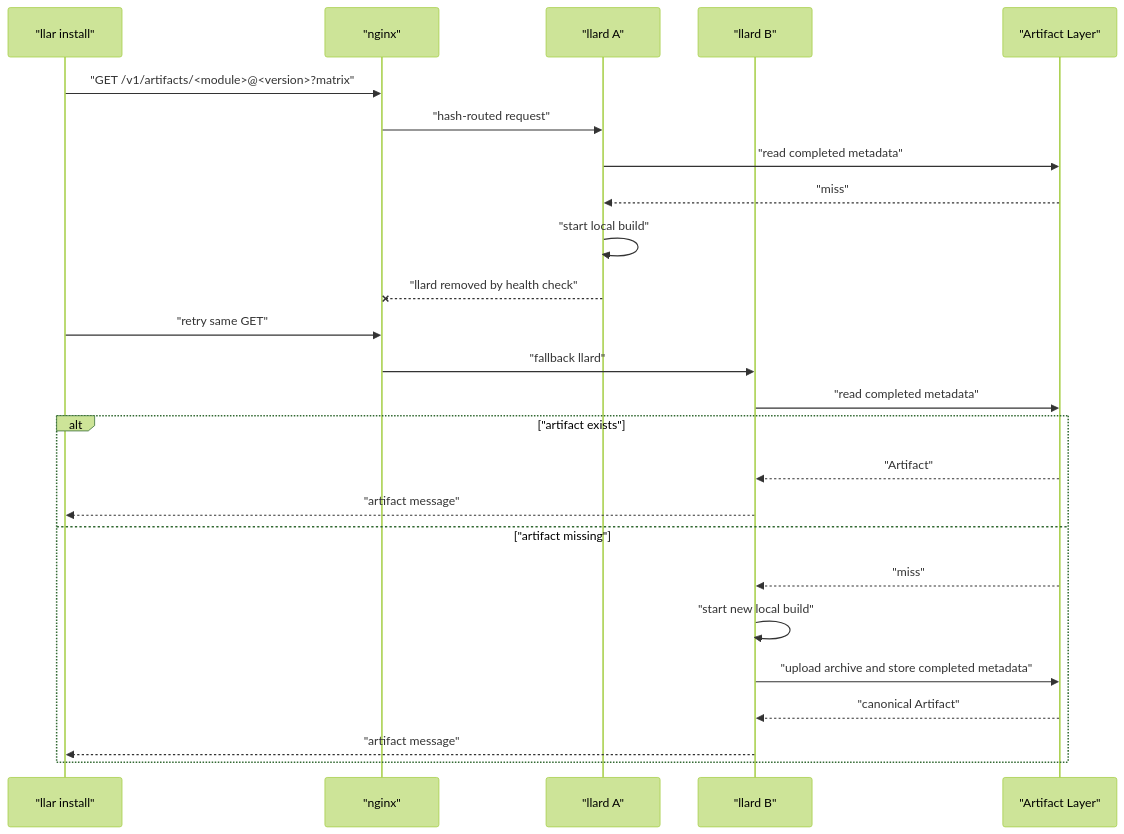
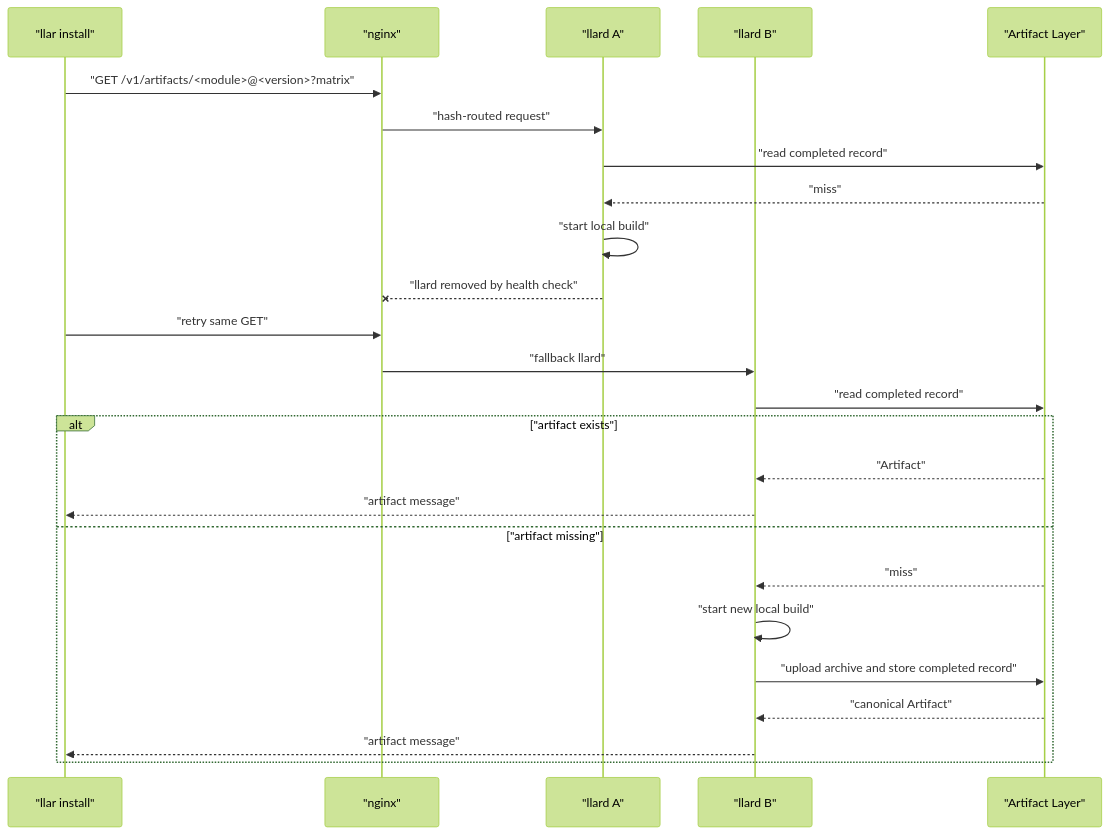
The sixth of 6 diagrams in docs/superpowers/specs/2026-06-08-cloud-build-worker-architecture.md (MeteorsLiu/llar), drawn with Mermaid (forest theme) before and after one commit. The commit also changed other lines of this file and 6 other files, not shown here.

````diff
--- a/docs/superpowers/specs/2026-06-08-cloud-build-worker-architecture.md
+++ b/docs/superpowers/specs/2026-06-08-cloud-build-worker-architecture.md
@@ -515,28 +370,28 @@
 ```mermaid
 sequenceDiagram
   participant Client as "llar install"
   participant Nginx as "nginx"
   participant W1 as "llard A"
   participant W2 as "llard B"
   participant Artifact as "Artifact Layer"
 
   Client->>Nginx: "GET /v1/artifacts/<module>@<version>?matrix"
   Nginx->>W1: "hash-routed request"
-  W1->>Artifact: "read completed metadata"
+  W1->>Artifact: "read completed record"
   Artifact-->>W1: "miss"
   W1->>W1: "start local build"
   W1--xNginx: "llard removed by health check"
   Client->>Nginx: "retry same GET"
   Nginx->>W2: "fallback llard"
-  W2->>Artifact: "read completed metadata"
+  W2->>Artifact: "read completed record"
   alt "artifact exists"
     Artifact-->>W2: "Artifact"
     W2-->>Client: "artifact message"
   else "artifact missing"
     Artifact-->>W2: "miss"
     W2->>W2: "start new local build"
-    W2->>Artifact: "upload archive and store completed metadata"
+    W2->>Artifact: "upload archive and store completed record"
     Artifact-->>W2: "canonical Artifact"
     W2-->>Client: "artifact message"
   end
 ```
````
